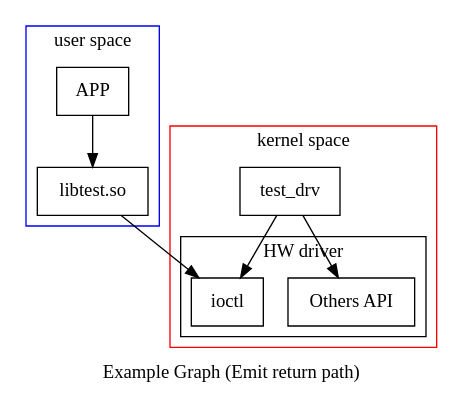
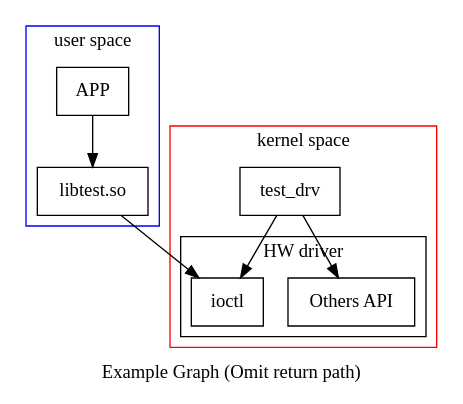
Before and after one commit to cwz0522/snippets: the diagram in GraphViz/drv.gv, drawn with Graphviz. The commit also changed 1 other file, not shown here.

```diff
--- a/GraphViz/drv.gv
+++ b/GraphViz/drv.gv
@@ -1,33 +1,33 @@
 digraph {
 	#	concentrate=true 			# merge A->B, B->A
-	label="Example Graph (Emit return path)" 	# http://www.graphviz.org/doc/info/attrs.html
+	label="Example Graph (Omit return path)" 	# http://www.graphviz.org/doc/info/attrs.html
 
 	subgraph cluster_0 {
 	label="user space"
 
 	color=blue 					# border color,	https://www.graphviz.org/doc/info/colors.html
 	APP [shape=box, label="APP"];
 	"libtest.so" [shape=box, label="libtest.so"];
 	}
 
 	subgraph cluster_1 {
 	label="kernel space"
 	color=red 					# border color
 	test_drv [shape=box, label="test_drv"];
 		subgraph cluster_2 {
 		color=black 				# revert to original border color
 		label="HW driver"
 		ioctl [shape=box, label="ioctl"];
 		Others [shape=box, label="Others API"];
 		}
 	}
 
 
 	test_drv -> ioctl 		#[dir="both"]
 	APP -> "libtest.so" -> ioctl 	#[dir="both"]
 	test_drv -> Others 		#[dir="both"]
 
 
 #	{ rank=same; APP, test_drv }
 
 }
```
